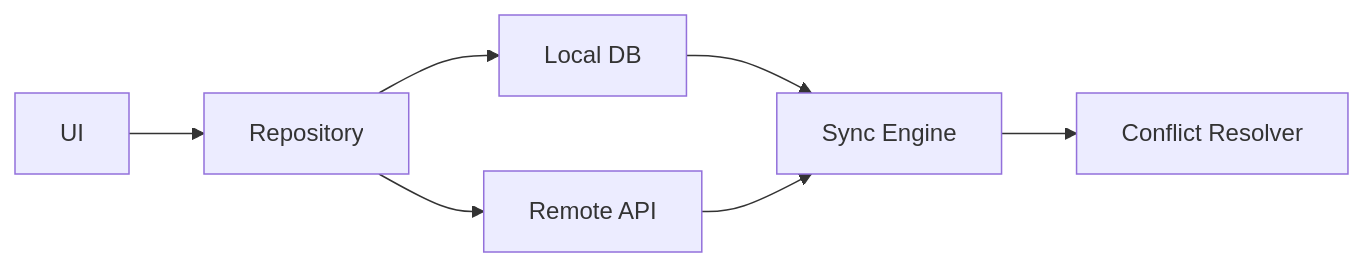
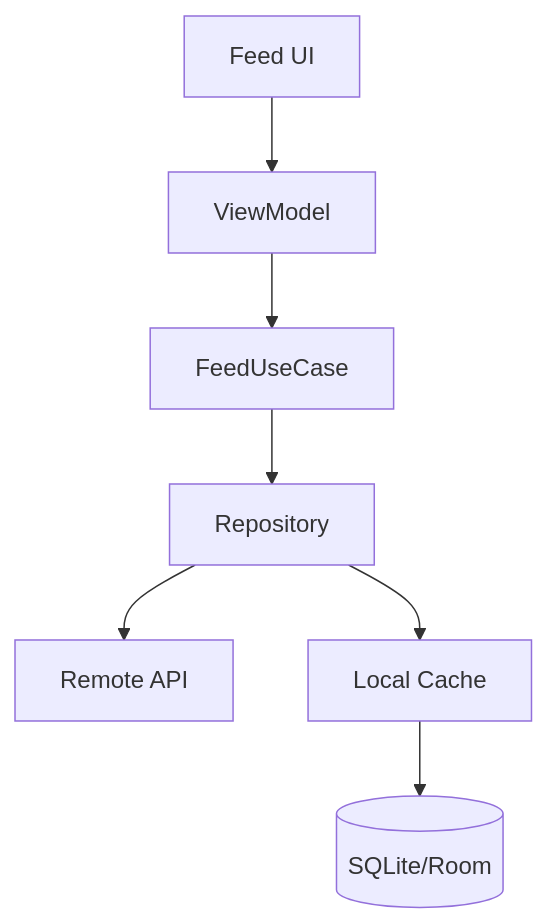
The diagram in README.md (muhittincamdali/mobile-system-design), drawn with Mermaid before and after one commit. The commit also changed other lines of this file and 6 other files, not shown here.

````diff
--- a/README.md
+++ b/README.md
@@ -813,9 +82,9 @@
 ```mermaid
-graph LR
-    UI["UI"] --> Repository
-    Repository --> LocalDB["Local DB"]
-    Repository --> RemoteAPI["Remote API"]
-    LocalDB --> SyncEngine["Sync Engine"]
-    RemoteAPI --> SyncEngine
-    SyncEngine --> ConflictResolver["Conflict Resolver"]
+graph TB
+    UI[Feed UI] --> VM[ViewModel]
+    VM --> UC[FeedUseCase]
+    UC --> Repo[Repository]
+    Repo --> Remote[Remote API]
+    Repo --> Cache[Local Cache]
+    Cache --> DB[(SQLite/Room)]
 ```
````
